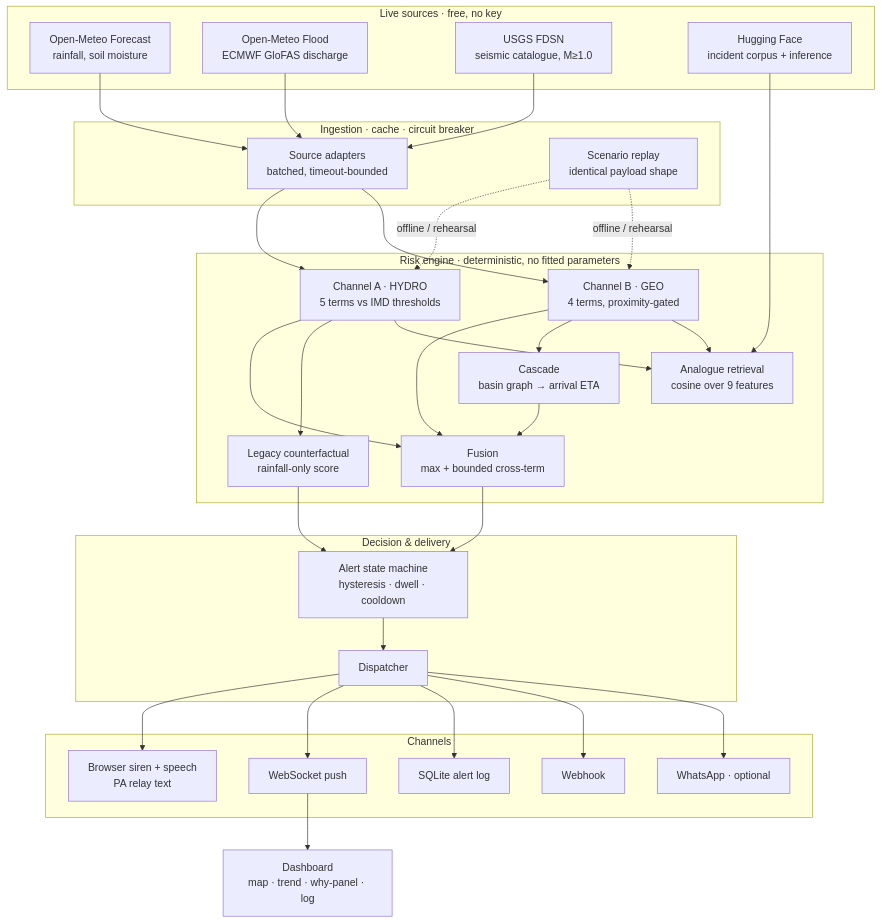
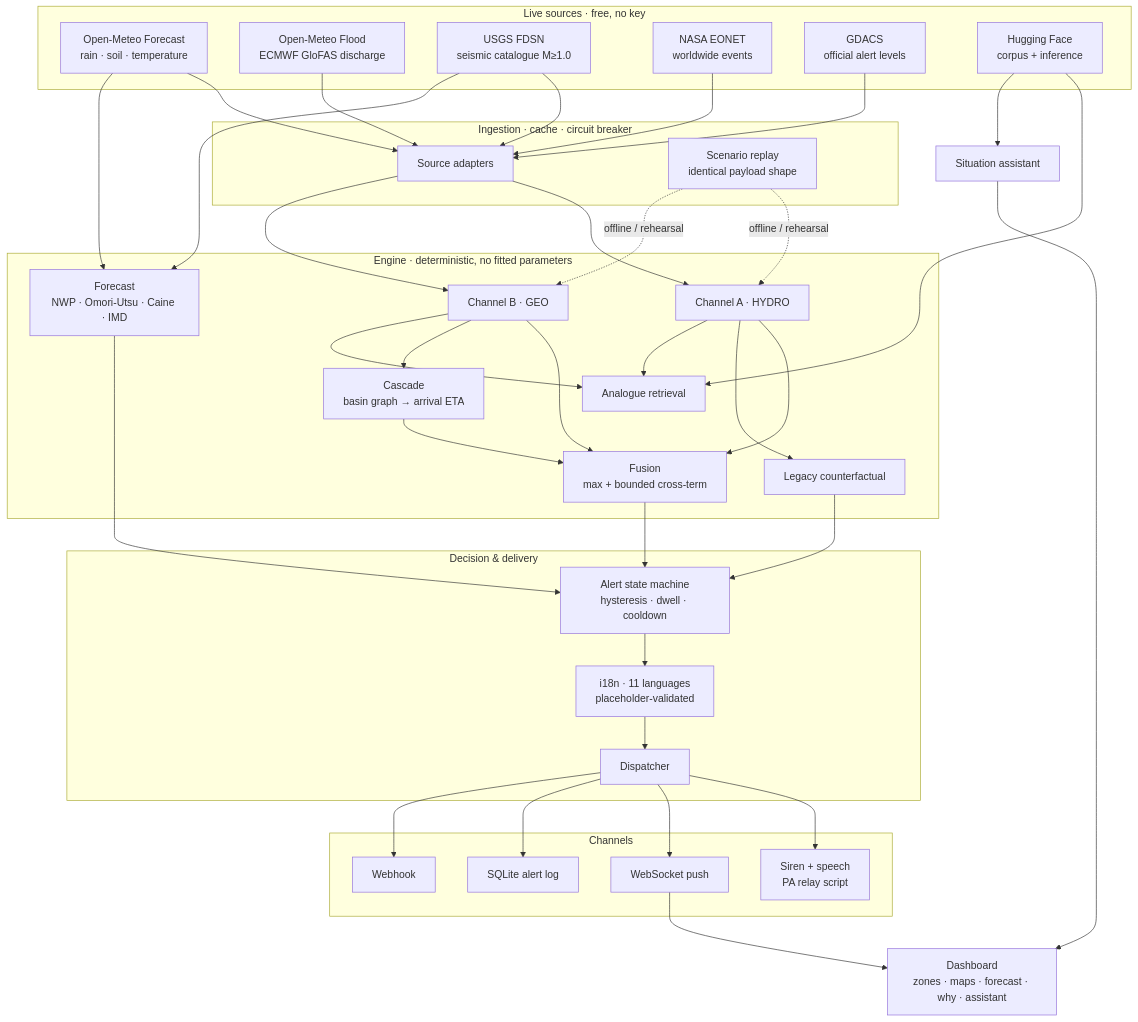
Before and after one commit to Manojna-Karuparthi/Hackathon_BUILD_ANYTHING_20Sept: the diagram in README.md, drawn with Mermaid. The commit also changed other lines of this file and 32 other files, not shown here.

First line of the commit message:
Add multi-hazard coverage, probabilistic forecasting, 11 languages and a voice assistant

````diff
--- a/README.md
+++ b/README.md
@@ -162,47 +179,54 @@
 ```mermaid
 flowchart TB
   subgraph SRC["Live sources · free, no key"]
-    OM["Open-Meteo Forecast<br/>rainfall, soil moisture"]
+    OM["Open-Meteo Forecast<br/>rain · soil · temperature"]
     GL["Open-Meteo Flood<br/>ECMWF GloFAS discharge"]
-    US["USGS FDSN<br/>seismic catalogue, M≥1.0"]
-    HF["Hugging Face<br/>incident corpus + inference"]
+    US["USGS FDSN<br/>seismic catalogue M≥1.0"]
+    EO["NASA EONET<br/>worldwide events"]
+    GD["GDACS<br/>official alert levels"]
+    HF["Hugging Face<br/>corpus + inference"]
   end
 
   subgraph ING["Ingestion · cache · circuit breaker"]
-    AD["Source adapters<br/>batched, timeout-bounded"]
+    AD["Source adapters"]
     RP["Scenario replay<br/>identical payload shape"]
   end
 
-  subgraph ENG["Risk engine · deterministic, no fitted parameters"]
-    CA["Channel A · HYDRO<br/>5 terms vs IMD thresholds"]
-    CB["Channel B · GEO<br/>4 terms, proximity-gated"]
+  subgraph ENG["Engine · deterministic, no fitted parameters"]
+    CA["Channel A · HYDRO"]
+    CB["Channel B · GEO"]
     FU["Fusion<br/>max + bounded cross-term"]
     CS["Cascade<br/>basin graph → arrival ETA"]
-    AN["Analogue retrieval<br/>cosine over 9 features"]
-    LG["Legacy counterfactual<br/>rainfall-only score"]
+    FC["Forecast<br/>NWP · Omori-Utsu · Caine · IMD"]
+    AN["Analogue retrieval"]
+    LG["Legacy counterfactual"]
   end
 
   subgraph OUT["Decision & delivery"]
     SM["Alert state machine<br/>hysteresis · dwell · cooldown"]
+    I18["i18n · 11 languages<br/>placeholder-validated"]
     DS["Dispatcher"]
   end
 
   subgraph CH["Channels"]
-    SI["Browser siren + speech<br/>PA relay text"]
+    SI["Siren + speech<br/>PA relay script"]
     WS["WebSocket push"]
     DB["SQLite alert log"]
     WH["Webhook"]
-    WA["WhatsApp · optional"]
   end
 
   OM & GL --> AD --> CA
   US --> AD --> CB
+  EO & GD --> AD
   RP -.offline / rehearsal.-> CA & CB
   CA & CB --> FU --> SM
   CB --> CS --> FU
   CA --> LG --> SM
+  OM --> FC --> SM
+  US --> FC
   CA & CB --> AN
   HF --> AN
-  SM --> DS --> SI & WS & DB & WH & WA
-  WS --> UI["Dashboard<br/>map · trend · why-panel · log"]
+  SM --> I18 --> DS --> SI & WS & DB & WH
+  WS --> UI["Dashboard<br/>zones · maps · forecast · why · assistant"]
+  HF --> AS["Situation assistant"] --> UI
 ```
````
